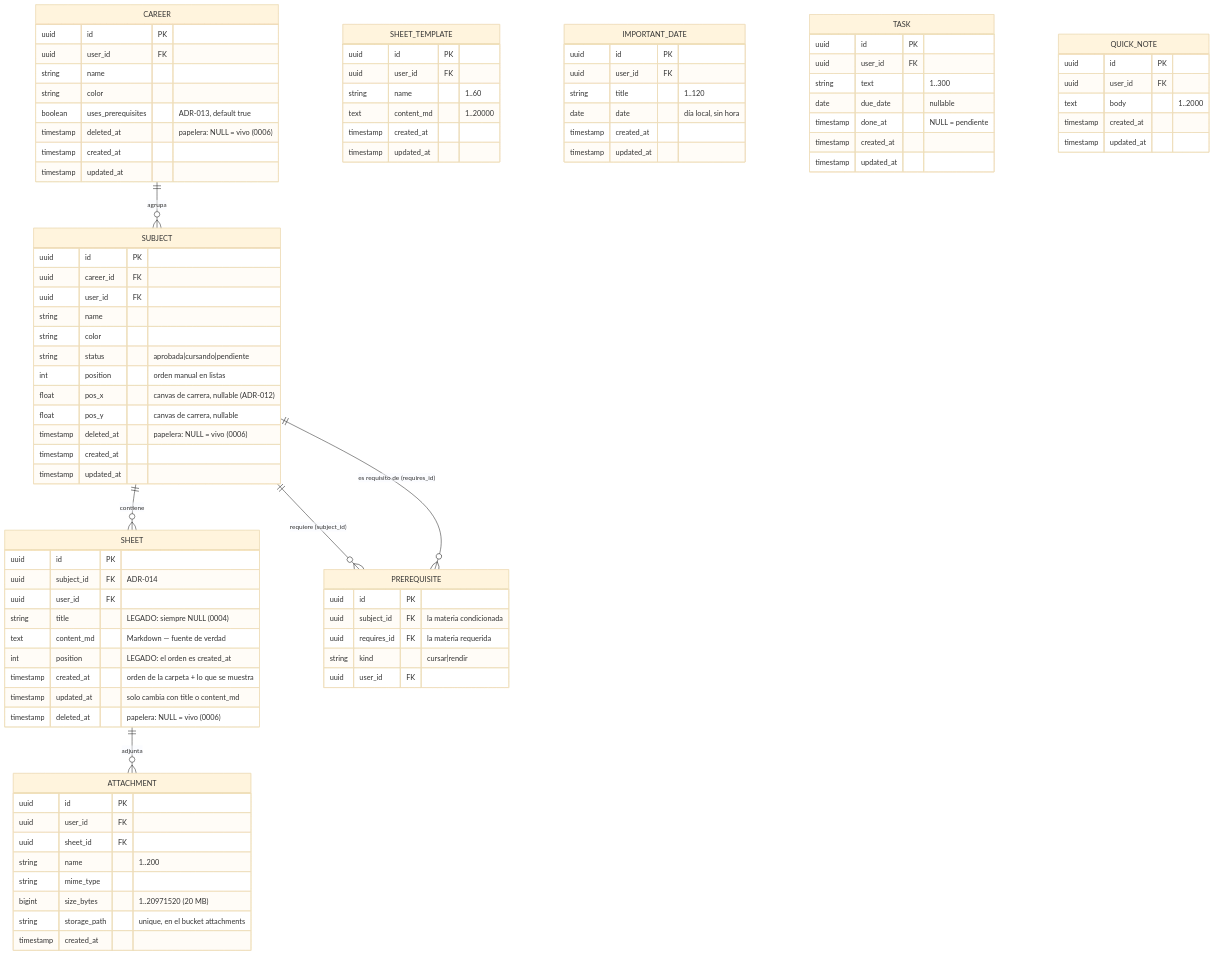
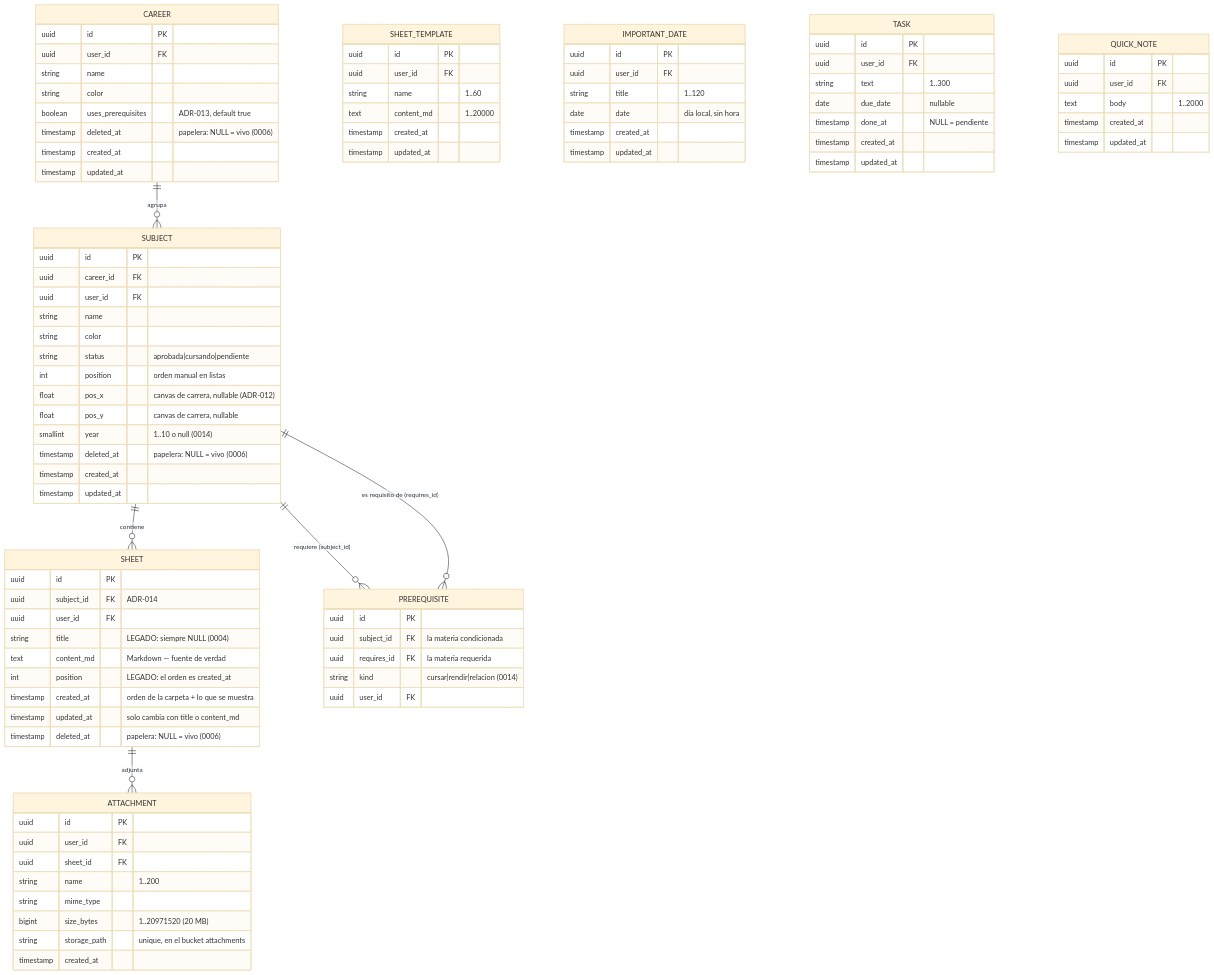
The diagram in docs/DB_SCHEMA.md (Code7C26/Studree), drawn with Mermaid (base theme) before and after one commit. The commit also changed other lines of this file and 20 other files, not shown here.

```diff
--- a/docs/DB_SCHEMA.md
+++ b/docs/DB_SCHEMA.md
@@ -56,6 +56,7 @@
         int position "orden manual en listas"
         float pos_x "canvas de carrera, nullable (ADR-012)"
         float pos_y "canvas de carrera, nullable"
+        smallint year "1..10 o null (0014)"
         timestamp deleted_at "papelera: NULL = vivo (0006)"
         timestamp created_at
         timestamp updated_at
@@ -64,7 +65,7 @@
         uuid id PK
         uuid subject_id FK "la materia condicionada"
         uuid requires_id FK "la materia requerida"
-        string kind "cursar|rendir"
+        string kind "cursar|rendir|relacion (0014)"
         uuid user_id FK
     }
     SHEET {
```
